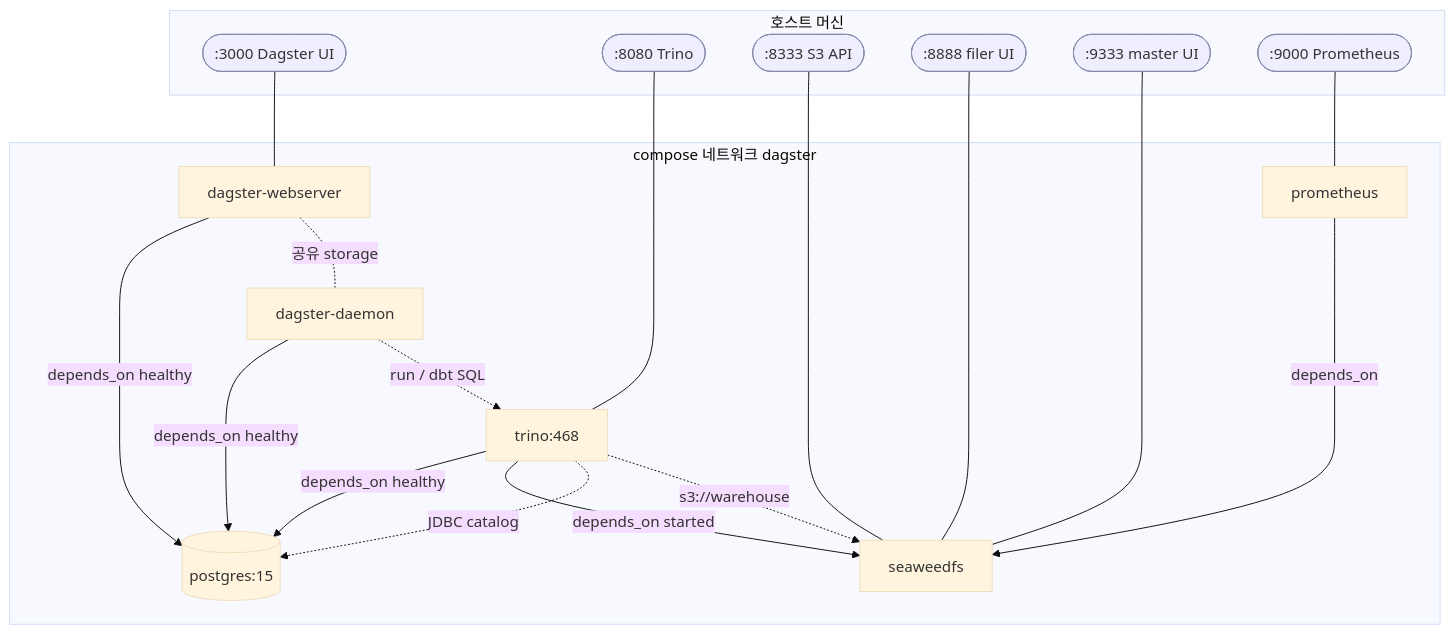
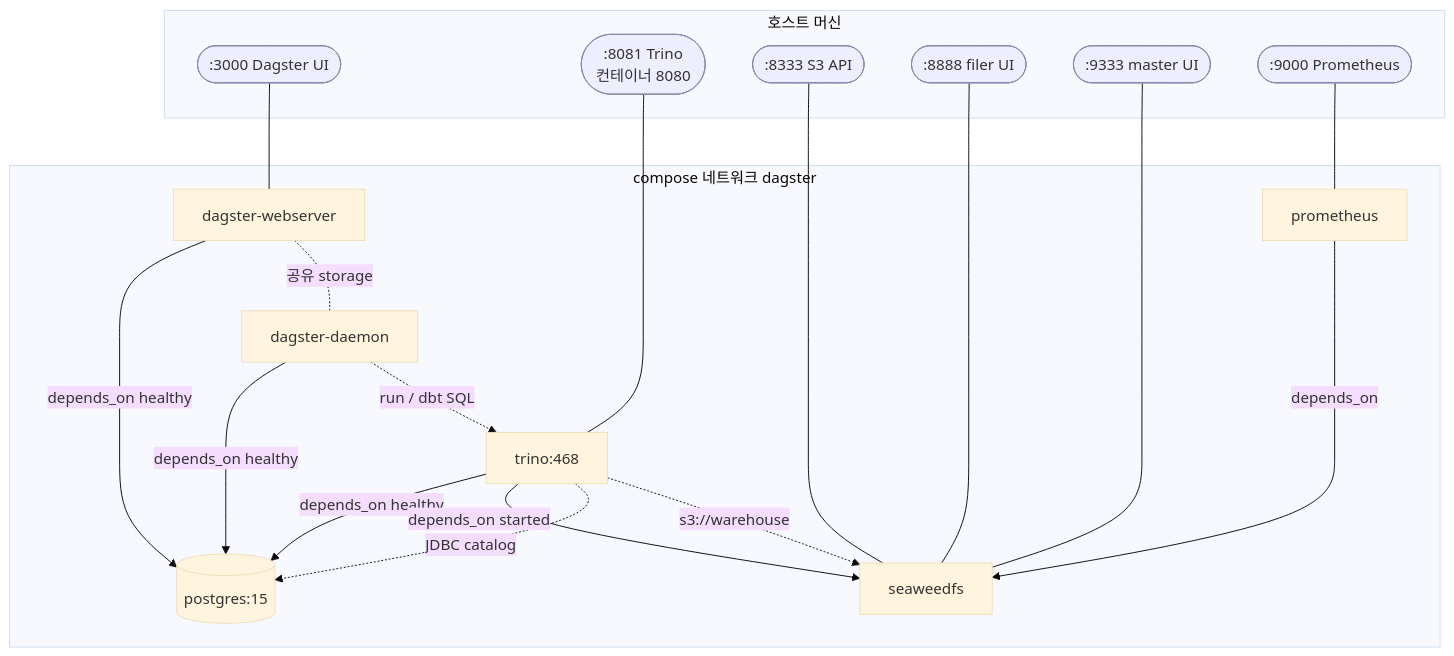
Before and after one commit to Melting-Face/dagster-study: the third of 5 diagrams in docs/architectures/overview.md, drawn with Mermaid (base theme). The commit also changed other lines of this file and 4 other files, not shown here.

````diff
--- a/docs/architectures/overview.md
+++ b/docs/architectures/overview.md
@@ -99,41 +110,41 @@
 ```mermaid
 flowchart TB
     subgraph host[호스트 머신]
         U1([:3000 Dagster UI])
-        U2([:8080 Trino])
+        U2([":8081 Trino<br/>컨테이너 8080"])
         U3([:8333 S3 API])
         U4([:8888 filer UI])
         U5([:9333 master UI])
         U6([:9000 Prometheus])
     end
 
     subgraph net[compose 네트워크 dagster]
         WS[dagster-webserver]
         DM[dagster-daemon]
         TR[trino:468]
         PG[(postgres:15)]
         SW[seaweedfs]
         PM[prometheus]
     end
 
     U1 --- WS
     U2 --- TR
     U3 --- SW
     U4 --- SW
     U5 --- SW
     U6 --- PM
 
     WS -->|depends_on healthy| PG
     DM -->|depends_on healthy| PG
     TR -->|depends_on healthy| PG
     TR -->|depends_on started| SW
     PM -->|depends_on| SW
 
     WS -. 공유 storage .- DM
     DM -.run / dbt SQL.-> TR
     TR -.JDBC catalog.-> PG
     TR -.s3://warehouse.-> SW
 
     classDef ext fill:#eef,stroke:#88a
     class U1,U2,U3,U4,U5,U6 ext
 ```
````
